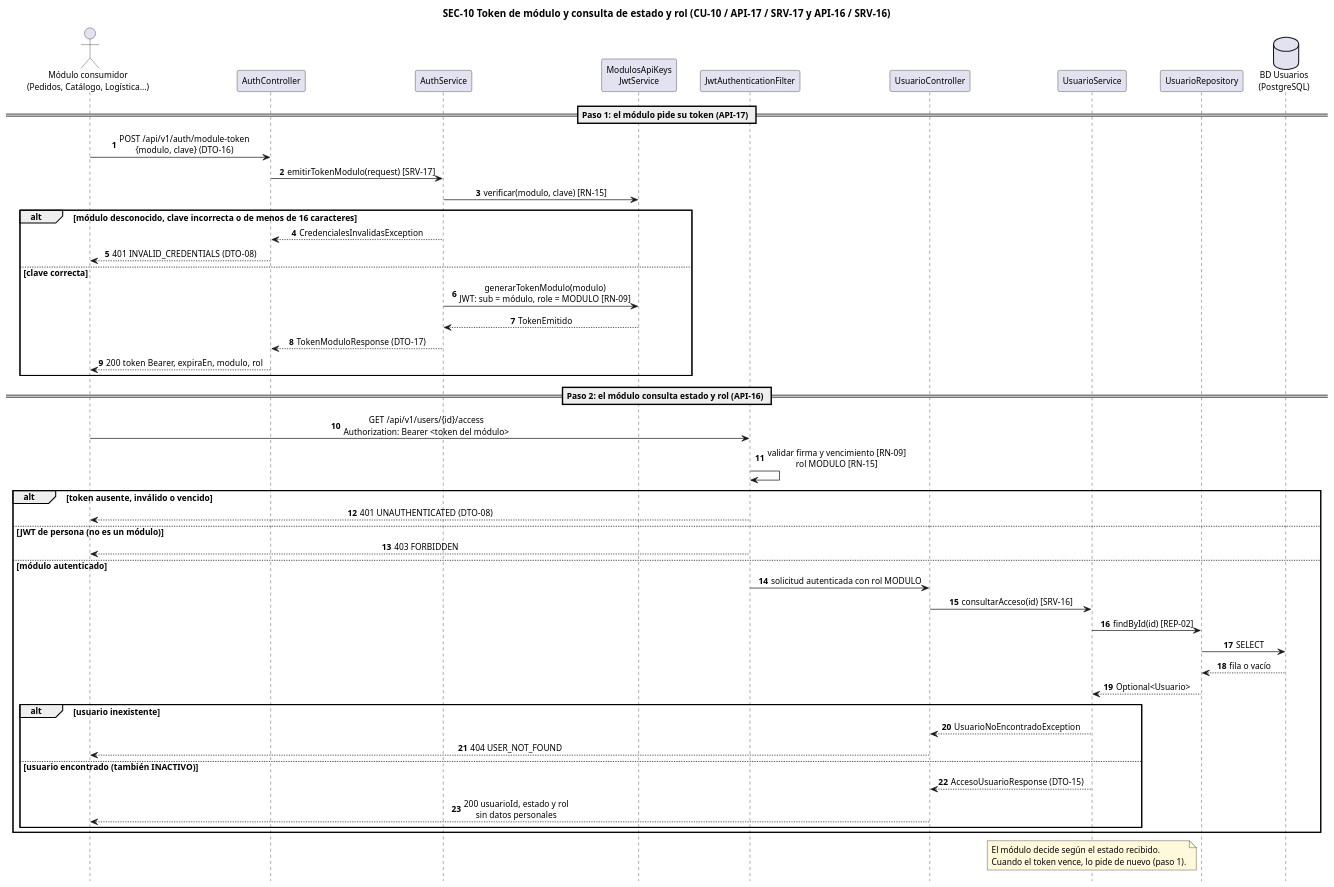
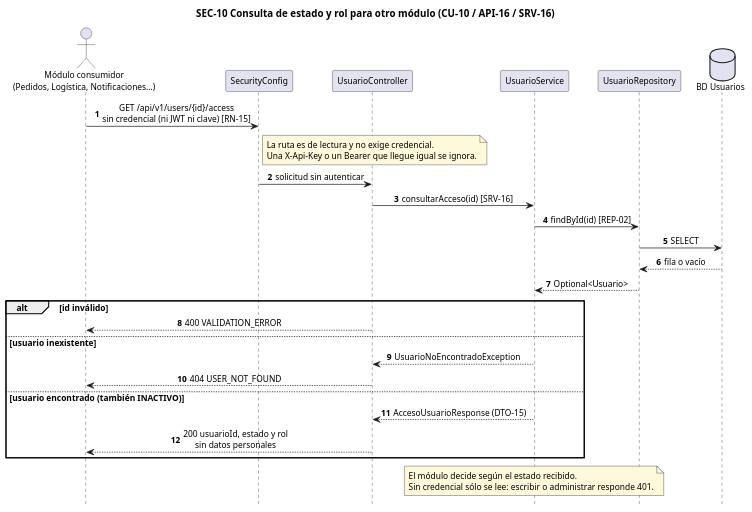
The diagram in doc/Diagramas/SEC-10.puml (CarlaGorgal2002/deliverygo-usuarios-auth), drawn with PlantUML before and after one commit. The commit also changed 48 other files, not shown here.

First line of the commit message:
feat(integracion): los modulos consultan a Usuarios sin JWT ni claves

```diff
--- a/doc/Diagramas/SEC-10.puml
+++ b/doc/Diagramas/SEC-10.puml
@@ -1,60 +1,38 @@
 @startuml SEC-10
 skinparam dpi 110
 skinparam shadowing false
 skinparam defaultFontName Arial
 skinparam defaultFontSize 12
 skinparam sequenceMessageAlign center
 skinparam responseMessageBelowArrow true
 skinparam NoteBackgroundColor #FFF9DB
 skinparam ParticipantPadding 12
 hide footbox
-title SEC-10 Token de módulo y consulta de estado y rol (CU-10 / API-17 / SRV-17 y API-16 / SRV-16)
+title SEC-10 Consulta de estado y rol para otro módulo (CU-10 / API-16 / SRV-16)
 autonumber
-actor "Módulo consumidor\n(Pedidos, Catálogo, Logística...)" as A
-participant AuthController as AC
-participant AuthService as AS
-participant "ModulosApiKeys\nJwtService" as K
-participant JwtAuthenticationFilter as F
+actor "Módulo consumidor\n(Pedidos, Logística, Notificaciones...)" as A
+participant SecurityConfig as F
 participant UsuarioController as C
 participant UsuarioService as S
 participant UsuarioRepository as UR
-database "BD Usuarios\n(PostgreSQL)" as DB
+database "BD Usuarios" as DB
 
-== Paso 1: el módulo pide su token (API-17) ==
-A -> AC : POST /api/v1/auth/module-token\n{modulo, clave} (DTO-16)
-AC -> AS : emitirTokenModulo(request) [SRV-17]
-AS -> K : verificar(modulo, clave) [RN-15]
-alt módulo desconocido, clave incorrecta o de menos de 16 caracteres
-  AS --> AC : CredencialesInvalidasException
-  AC --> A : 401 INVALID_CREDENTIALS (DTO-08)
-else clave correcta
-  AS -> K : generarTokenModulo(modulo)\nJWT: sub = módulo, role = MODULO [RN-09]
-  K --> AS : TokenEmitido
-  AS --> AC : TokenModuloResponse (DTO-17)
-  AC --> A : 200 token Bearer, expiraEn, modulo, rol
+A -> F : GET /api/v1/users/{id}/access\nsin credencial (ni JWT ni clave) [RN-15]
+note right of F : La ruta es de lectura y no exige credencial.\nUna X-Api-Key o un Bearer que llegue igual se ignora.
+F -> C : solicitud sin autenticar
+C -> S : consultarAcceso(id) [SRV-16]
+S -> UR : findById(id) [REP-02]
+UR -> DB : SELECT
+DB --> UR : fila o vacío
+UR --> S : Optional<Usuario>
+alt id inválido
+  C --> A : 400 VALIDATION_ERROR
+else usuario inexistente
+  S --> C : UsuarioNoEncontradoException
+  C --> A : 404 USER_NOT_FOUND
+else usuario encontrado (también INACTIVO)
+  S --> C : AccesoUsuarioResponse (DTO-15)
+  C --> A : 200 usuarioId, estado y rol\nsin datos personales
 end
-
-== Paso 2: el módulo consulta estado y rol (API-16) ==
-A -> F : GET /api/v1/users/{id}/access\nAuthorization: Bearer <token del módulo>
-F -> F : validar firma y vencimiento [RN-09]\nrol MODULO [RN-15]
-alt token ausente, inválido o vencido
-  F --> A : 401 UNAUTHENTICATED (DTO-08)
-else JWT de persona (no es un módulo)
-  F --> A : 403 FORBIDDEN
-else módulo autenticado
-  F -> C : solicitud autenticada con rol MODULO
-  C -> S : consultarAcceso(id) [SRV-16]
-  S -> UR : findById(id) [REP-02]
-  UR -> DB : SELECT
-  DB --> UR : fila o vacío
-  UR --> S : Optional<Usuario>
-  alt usuario inexistente
-    S --> C : UsuarioNoEncontradoException
-    C --> A : 404 USER_NOT_FOUND
-  else usuario encontrado (también INACTIVO)
-    S --> C : AccesoUsuarioResponse (DTO-15)
-    C --> A : 200 usuarioId, estado y rol\nsin datos personales
-  end
-end
-note over S : El módulo decide según el estado recibido.\nCuando el token vence, lo pide de nuevo (paso 1).
+note over S : El módulo decide según el estado recibido.\nSin credencial sólo se lee: escribir o administrar responde 401.
 @enduml
```
